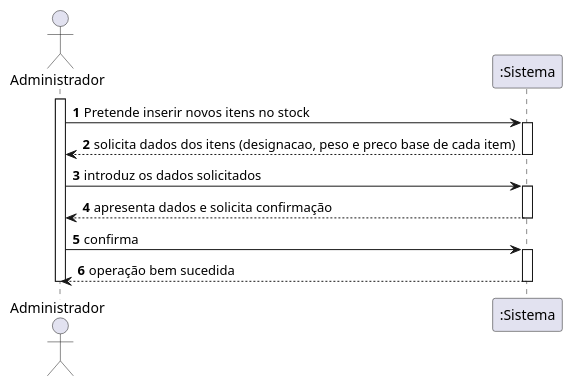
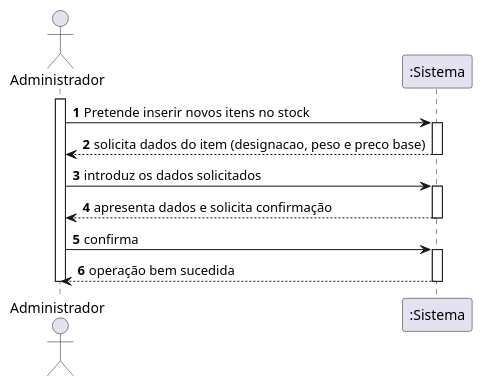
The diagram in docs/UC24/UC24_InserirItensStockSSD.puml (pedrolemos4/LAPR3), drawn with PlantUML before and after one commit. The commit also changed 5 other files, not shown here.

```diff
--- a/docs/UC24/UC24_InserirItensStockSSD.puml
+++ b/docs/UC24/UC24_InserirItensStockSSD.puml
@@ -1,24 +1,24 @@
 @startuml
 autonumber
 actor "Administrador" as ADM
 
 activate ADM
 ADM -> ":Sistema" : Pretende inserir novos itens no stock
 activate ":Sistema"
 
-":Sistema" --> ADM : solicita dados dos itens (designacao, peso e preco base de cada item)
+":Sistema" --> ADM : solicita dados do item (designacao, peso e preco base)
 deactivate ":Sistema"
 
 ADM -> ":Sistema" : introduz os dados solicitados
 activate ":Sistema"
 
 ":Sistema" --> ADM : apresenta dados e solicita confirmação
 deactivate ":Sistema"
 
 ADM -> ":Sistema" : confirma
 activate ":Sistema"
 ":Sistema" --> ADM : operação bem sucedida
 deactivate ":Sistema"
 
 deactivate ADM
 @enduml
```
